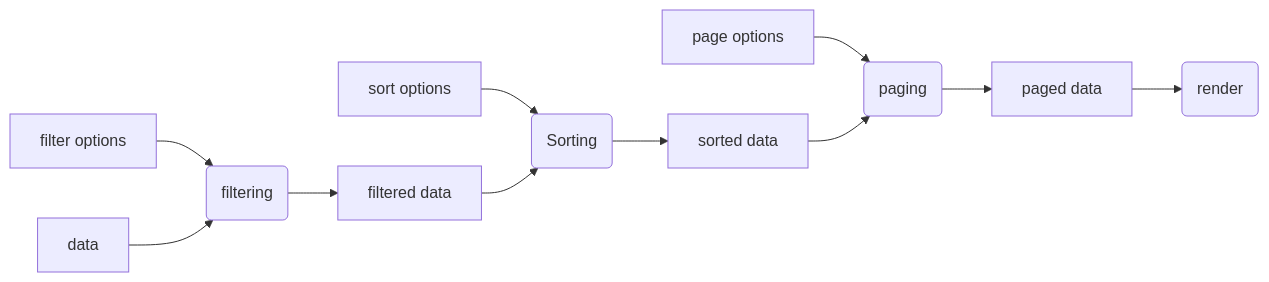
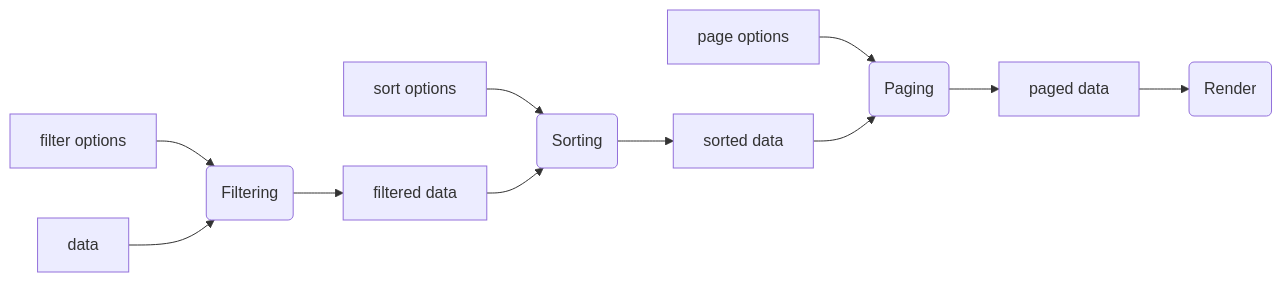
One commit to SimplyEdit/simplyflow changed the diagram in docs/model.md. Above: the diagram before and after it, drawn with Mermaid.

Commit message:
Update model.md
consistent case

````diff
--- a/docs/model.md
+++ b/docs/model.md
@@ -28,18 +28,18 @@
 ```mermaid
 flowchart LR
     A[data]
 		B[sort options]
 		D[filter options]
 		C[page options]
 
 	D --> X
-    A --> X(filtering)
+    A --> X(Filtering)
     X --> X2[filtered data]
     B --> Y(Sorting)
     X2 --> Y
     Y --> A2[sorted data]
-    C --> Z(paging)
+    C --> Z(Paging)
     Z --> A3[paged data]
     A2 --> Z
-    A3 --> E(render)
+    A3 --> E(Render)
 ```
````
